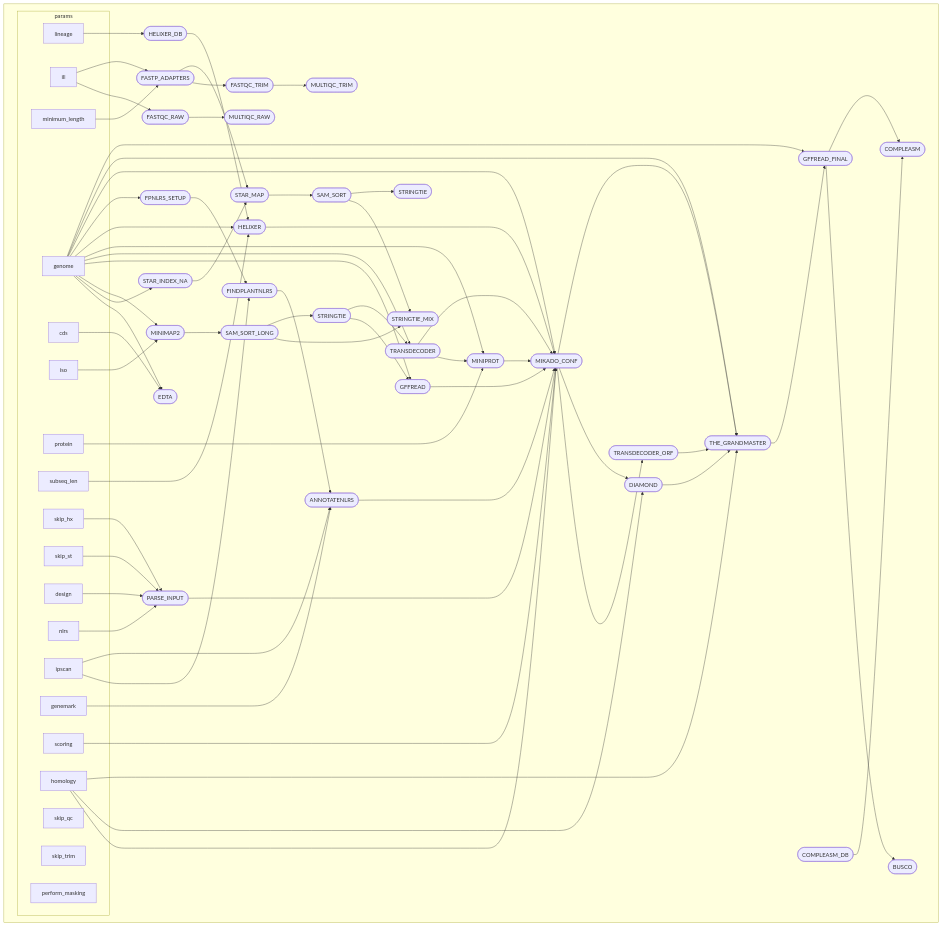
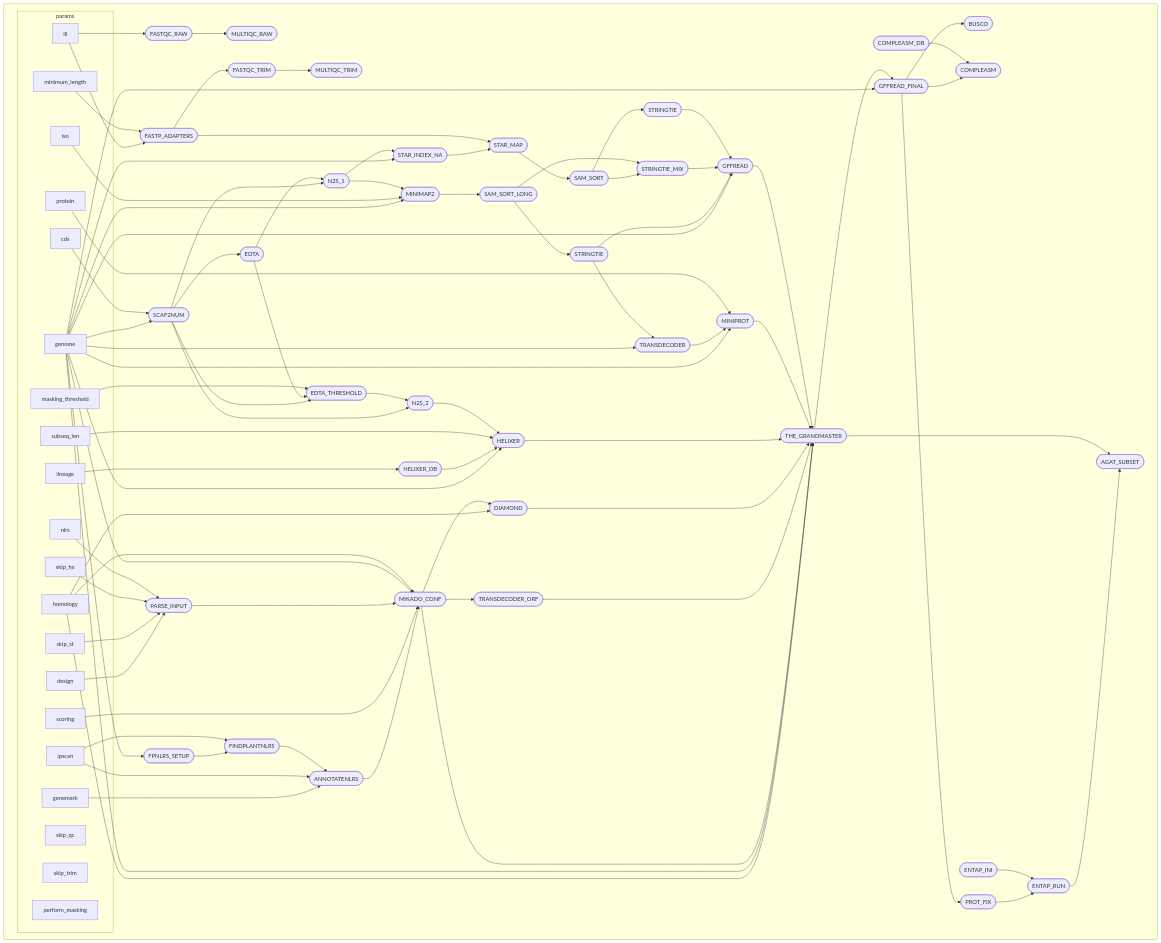
One commit to ryandkuster/ragnarok changed the diagram in README.md. Above: the diagram before and after it, drawn with Mermaid. The commit also changed other lines of this file and 12 other files, not shown here.

````diff
--- a/README.md
+++ b/README.md
@@ -272,118 +221,144 @@
 flowchart TB
     subgraph " "
     subgraph params
-    v40["lineage"]
-    v56["scoring"]
-    v57["homology"]
-    v2["iso"]
-    v53["genemark"]
-    v0["ill"]
-    v51["ipscan"]
-    v46["nlrs"]
-    v4["skip_qc"]
-    v8["minimum_length"]
-    v39["skip_hx"]
-    v14["genome"]
-    v15["cds"]
-    v34["protein"]
-    v42["subseq_len"]
-    v45["design"]
-    v7["skip_trim"]
-    v13["perform_masking"]
-    v25["skip_st"]
+    v52["lineage"]
+    v67["scoring"]
+    v68["homology"]
+    v8["iso"]
+    v64["genemark"]
+    v6["ill"]
+    v62["ipscan"]
+    v3["nlrs"]
+    v10["skip_qc"]
+    v14["minimum_length"]
+    v2["skip_hx"]
+    v20["genome"]
+    v21["cds"]
+    v26["masking_threshold"]
+    v0["design"]
+    v47["protein"]
+    v54["subseq_len"]
+    v13["skip_trim"]
+    v19["perform_masking"]
+    v1["skip_st"]
     end
-    v5([FASTQC_RAW])
-    v6([MULTIQC_RAW])
-    v9([FASTP_ADAPTERS])
-    v11([FASTQC_TRIM])
-    v12([MULTIQC_TRIM])
-    v16([EDTA])
-    v19([STAR_INDEX_NA])
-    v20([STAR_MAP])
-    v22([SAM_SORT])
-    v23([MINIMAP2])
-    v24([SAM_SORT_LONG])
-    v26([STRINGTIE_MIX])
-    v28([STRINGTIE])
-    v30([STRINGTIE])
-    v32([GFFREAD])
-    v33([TRANSDECODER])
-    v35([MINIPROT])
-    v41([HELIXER_DB])
-    v43([HELIXER])
-    v47([PARSE_INPUT])
-    v50([FPNLRS_SETUP])
-    v52([FINDPLANTNLRS])
-    v54([ANNOTATENLRS])
-    v58([MIKADO_CONF])
-    v59([TRANSDECODER_ORF])
-    v60([DIAMOND])
-    v61([THE_GRANDMASTER])
-    v62([GFFREAD_FINAL])
-    v63([BUSCO])
-    v64([COMPLEASM_DB])
-    v65([COMPLEASM])
-    v0 --> v5
-    v5 --> v6
-    v0 --> v9
-    v8 --> v9
-    v9 --> v11
+    v4([PARSE_INPUT])
+    v11([FASTQC_RAW])
+    v12([MULTIQC_RAW])
+    v15([FASTP_ADAPTERS])
+    v17([FASTQC_TRIM])
+    v18([MULTIQC_TRIM])
+    v22([SCAF2NUM])
+    v23([EDTA])
+    v24([N2S_1])
+    v27([EDTA_THRESHOLD])
+    v28([N2S_2])
+    v33([STAR_INDEX_NA])
+    v34([STAR_MAP])
+    v36([SAM_SORT])
+    v37([MINIMAP2])
+    v38([SAM_SORT_LONG])
+    v39([STRINGTIE_MIX])
+    v41([STRINGTIE])
+    v43([STRINGTIE])
+    v45([GFFREAD])
+    v46([TRANSDECODER])
+    v48([MINIPROT])
+    v53([HELIXER_DB])
+    v55([HELIXER])
+    v61([FPNLRS_SETUP])
+    v63([FINDPLANTNLRS])
+    v65([ANNOTATENLRS])
+    v69([MIKADO_CONF])
+    v70([TRANSDECODER_ORF])
+    v71([DIAMOND])
+    v72([THE_GRANDMASTER])
+    v73([GFFREAD_FINAL])
+    v74([BUSCO])
+    v75([COMPLEASM_DB])
+    v76([COMPLEASM])
+    v79([ENTAP_INI])
+    v80([PROT_FIX])
+    v81([ENTAP_RUN])
+    v82([AGAT_SUBSET])
+    v0 --> v4
+    v1 --> v4
+    v2 --> v4
+    v3 --> v4
+    v6 --> v11
     v11 --> v12
-    v14 --> v16
-    v15 --> v16
-    v14 --> v19
-    v19 --> v20
-    v9 --> v20
+    v6 --> v15
+    v14 --> v15
+    v15 --> v17
+    v17 --> v18
     v20 --> v22
-    v2 --> v23
-    v14 --> v23
+    v21 --> v22
+    v22 --> v23
+    v22 --> v24
     v23 --> v24
-    v22 --> v26
-    v24 --> v26
+    v22 --> v27
+    v23 --> v27
+    v26 --> v27
     v22 --> v28
-    v24 --> v30
-    v14 --> v32
-    v30 --> v32
-    v14 --> v33
-    v30 --> v33
-    v33 --> v35
-    v34 --> v35
-    v14 --> v35
-    v40 --> v41
-    v41 --> v43
-    v42 --> v43
-    v14 --> v43
-    v39 --> v47
-    v25 --> v47
-    v45 --> v47
-    v46 --> v47
-    v14 --> v50
-    v50 --> v52
-    v51 --> v52
-    v51 --> v54
-    v52 --> v54
-    v53 --> v54
-    v32 --> v58
-    v33 --> v58
-    v35 --> v58
-    v54 --> v58
-    v56 --> v58
-    v57 --> v58
-    v43 --> v58
-    v14 --> v58
-    v47 --> v58
-    v58 --> v59
-    v57 --> v60
-    v58 --> v60
-    v57 --> v61
-    v58 --> v61
-    v59 --> v61
-    v60 --> v61
-    v14 --> v61
-    v61 --> v62
-    v14 --> v62
+    v27 --> v28
+    v20 --> v33
+    v33 --> v34
+    v15 --> v34
+    v34 --> v36
+    v20 --> v37
+    v8 --> v37
+    v37 --> v38
+    v36 --> v39
+    v38 --> v39
+    v36 --> v41
+    v38 --> v43
+    v20 --> v45
+    v43 --> v45
+    v20 --> v46
+    v43 --> v46
+    v20 --> v48
+    v46 --> v48
+    v47 --> v48
+    v52 --> v53
+    v20 --> v55
+    v53 --> v55
+    v54 --> v55
+    v20 --> v61
+    v61 --> v63
     v62 --> v63
     v64 --> v65
     v62 --> v65
+    v63 --> v65
+    v65 --> v69
+    v67 --> v69
+    v4 --> v69
+    v20 --> v69
+    v68 --> v69
+    v69 --> v70
+    v68 --> v71
+    v69 --> v71
+    v68 --> v72
+    v20 --> v72
+    v69 --> v72
+    v70 --> v72
+    v71 --> v72
+    v20 --> v73
+    v72 --> v73
+    v73 --> v74
+    v73 --> v76
+    v75 --> v76
+    v73 --> v80
+    v80 --> v81
+    v79 --> v81
+    v81 --> v82
+    v72 --> v82
+    v55 --> v72
+    v48 --> v72
+    v45 --> v72
+    v39 --> v45
+    v41 --> v45
+    v24 --> v33
+    v24 --> v37
+    v28 --> v55
     end
 ```
````
